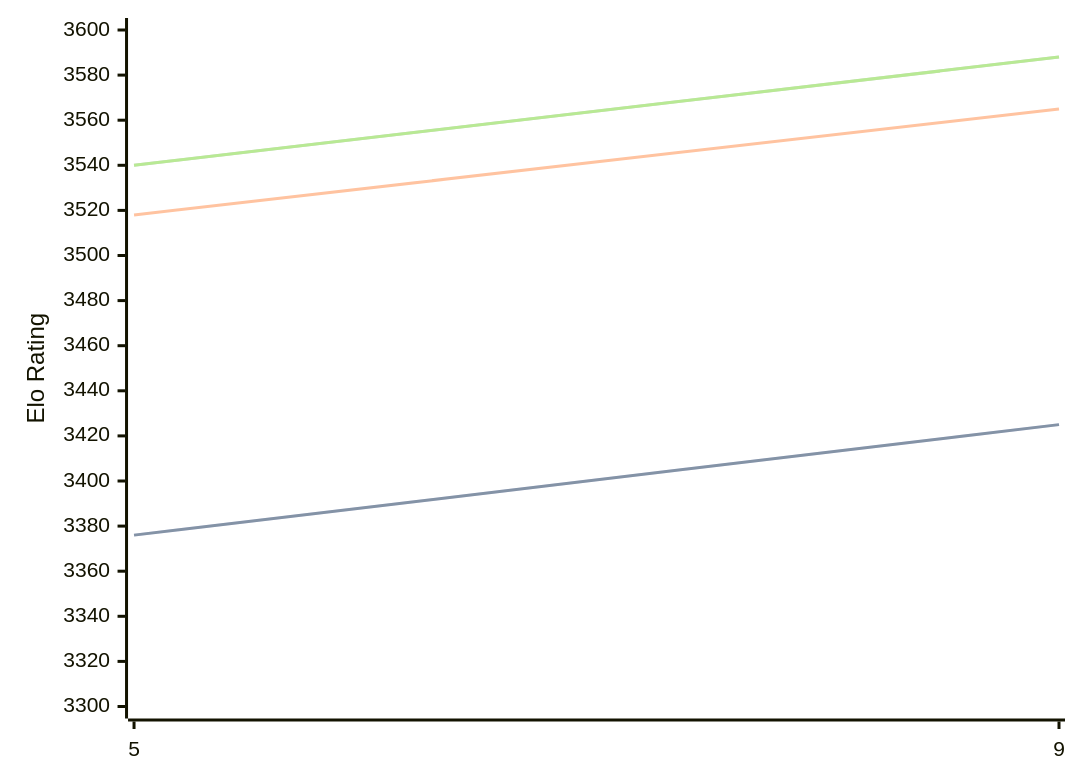
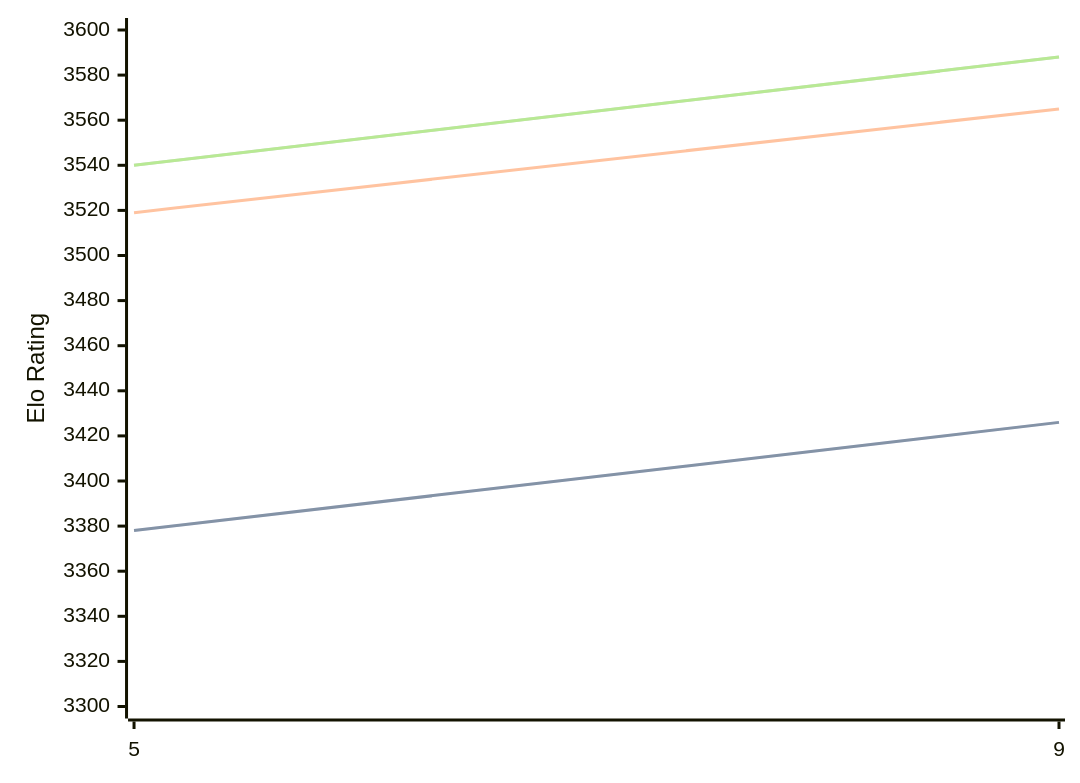
The diagram in engines/Crystal.md (computer-chess-index/cci), drawn with Mermaid before and after one commit. The commit also changed other lines of this file, not shown here.

````diff
--- a/engines/Crystal.md
+++ b/engines/Crystal.md
@@ -32,11 +32,11 @@
 ```mermaid
 %%{init: {"theme":"base","themeVariables":{"seriesColors:['#a3a3a3','#222221','#faa371']}}}%%
 xychart-beta
   x-axis ["5", "9"]
   y-axis "Elo Rating" 3300 --> 3600
-  line "STC (8.0+0.08s)" [3376, 3425]
-  line "STC (8.0+0.08s)" [3376, 3425]
-  line "LTC (60.0+0.60s)" [3518, 3565]
+  line "STC (8.0+0.08s)" [3378, 3426]
+  line "STC (8.0+0.08s)" [3378, 3426]
+  line "LTC (60.0+0.60s)" [3519, 3565]
   line "VLTC (2m24s+1.12s)" [3540, 3588]
   line "VLTC (2m24s+1.12s)" [3540, 3588]
 ```
````
